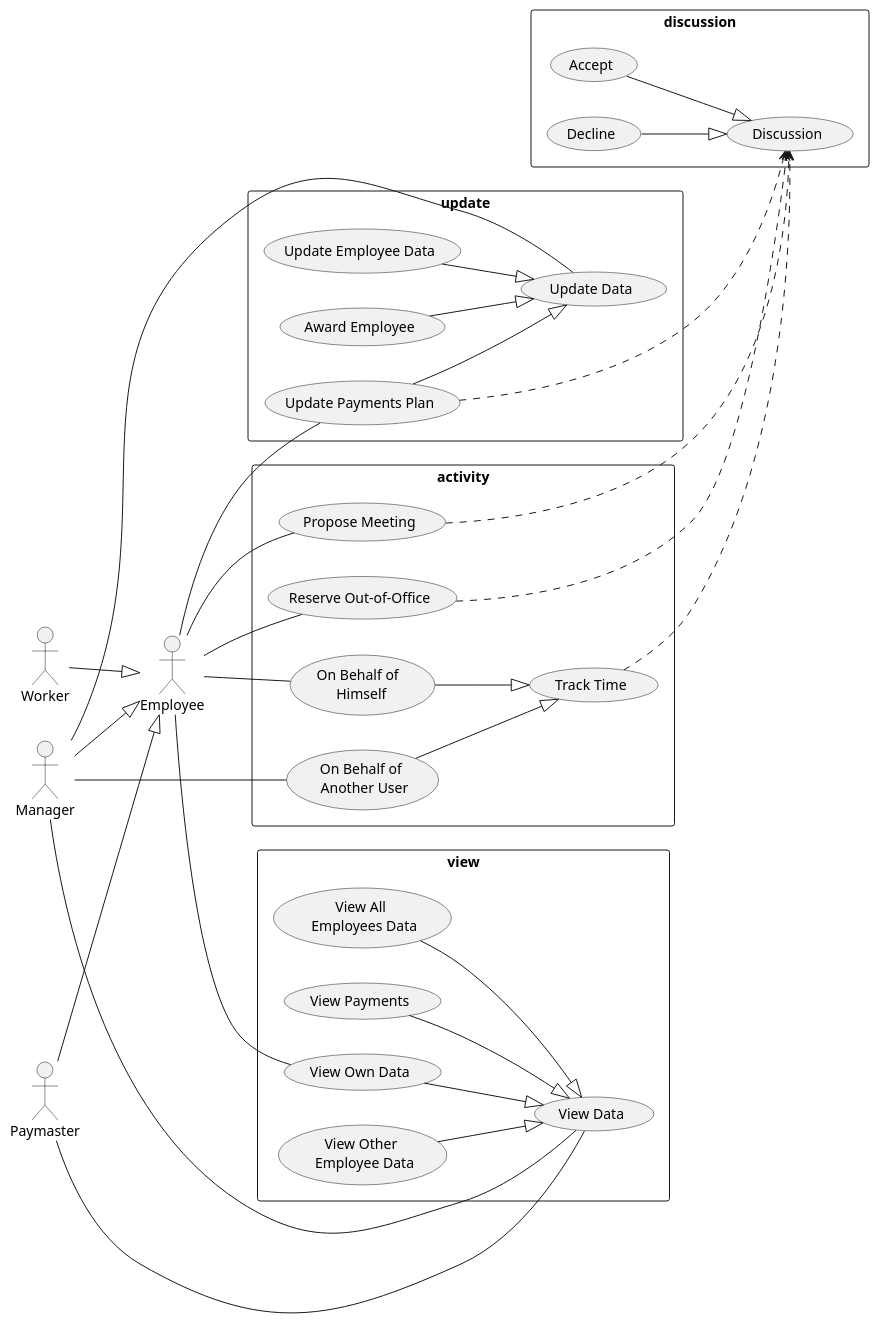
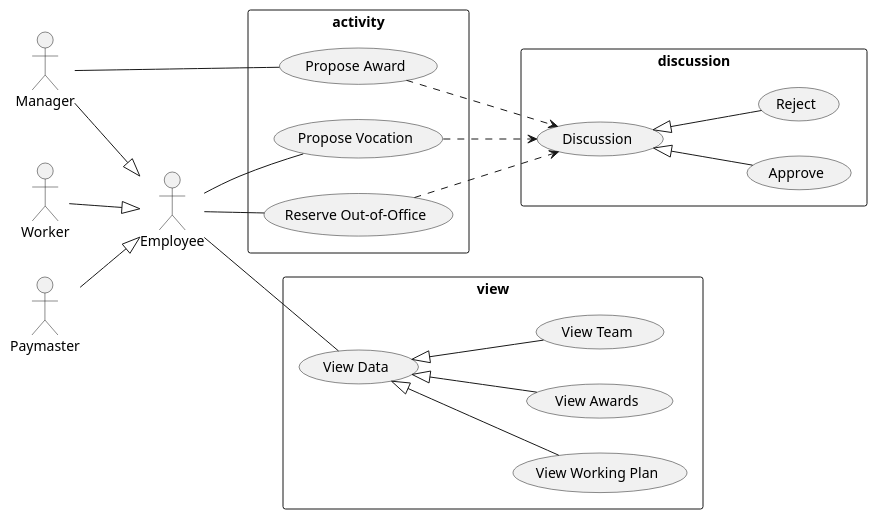
The diagram in diagrams/use case/use cases.puml (JohnKhandygo/employee-managment), drawn with PlantUML before and after one commit. The commit also changed 29 other files, not shown here.

Commit message:
update diagrams.

```diff
--- a/diagrams/use case/use cases.puml
+++ b/diagrams/use case/use cases.puml
@@ -1,79 +1,51 @@
 @startuml
 left to right direction
 
 :Employee: as employee
 :Worker: as worker
 :Manager: as manager
 :Paymaster: as paymaster
 
 worker --|> employee
 manager --|> employee
 paymaster --|> employee
 
 rectangle discussion {
   (Discussion) as d
-  (Accept) as a
-  (Decline) as c
+  (Approve) as a
+  (Reject) as c
 
-  a --|> d
-  c --|> d
+  a -up-|> d
+  c -up-|> d
 }
 
 rectangle activity {
-  (Track Time) as tt
-  (On Behalf of \n Himself) as ttByEmployee
-  (On Behalf of \n Another User) as ttByManager
-
-  ttByEmployee --|> tt
-  ttByManager --|> tt
-
-  (Propose Meeting) as pm
-
+  (Propose Award) as pa
+  (Propose Vocation) as pv
   (Reserve Out-of-Office) as rooo
 
-  pm ..> d
+  pa ..> d
   rooo ..> d
-  tt ..> d
+  pv ..> d
 }
 
-employee -- ttByEmployee
-manager -- ttByManager
-
-employee -- pm
-
 employee -- rooo
+employee -- pv
+manager -- pa
 
 rectangle view {
   (View Data) as vd
-  (View Own Data) as vod
-  (View Other \n Employee Data) as voed
-  (View All \n Employees Data) as vaed
-  (View Payments) as vp
 
-  vod --|> vd
-  voed --|> vd
-  vaed --|> vd
-  vp --|> vd
+  (View Working Plan) as vwp
+  (View Awards) as va
+  (View Team) as vt
+
+
+  vwp -up-|> vd
+  va -up-|> vd
+  vt -up-|> vd
 }
 
-employee -- vod
-manager -- vd
-paymaster -- vd
-
-rectangle update {
-  (Update Data) as ud
-  (Update Employee Data) as ued
-  (Update Payments Plan) as upp
-  (Award Employee) as ae
-
-  ued --|> ud
-  upp --|> ud
-  ae --|> ud
-
-  upp ..> d
-}
-
-employee -- upp
-manager -- ud
+employee -- vd
 
 @enduml
```
